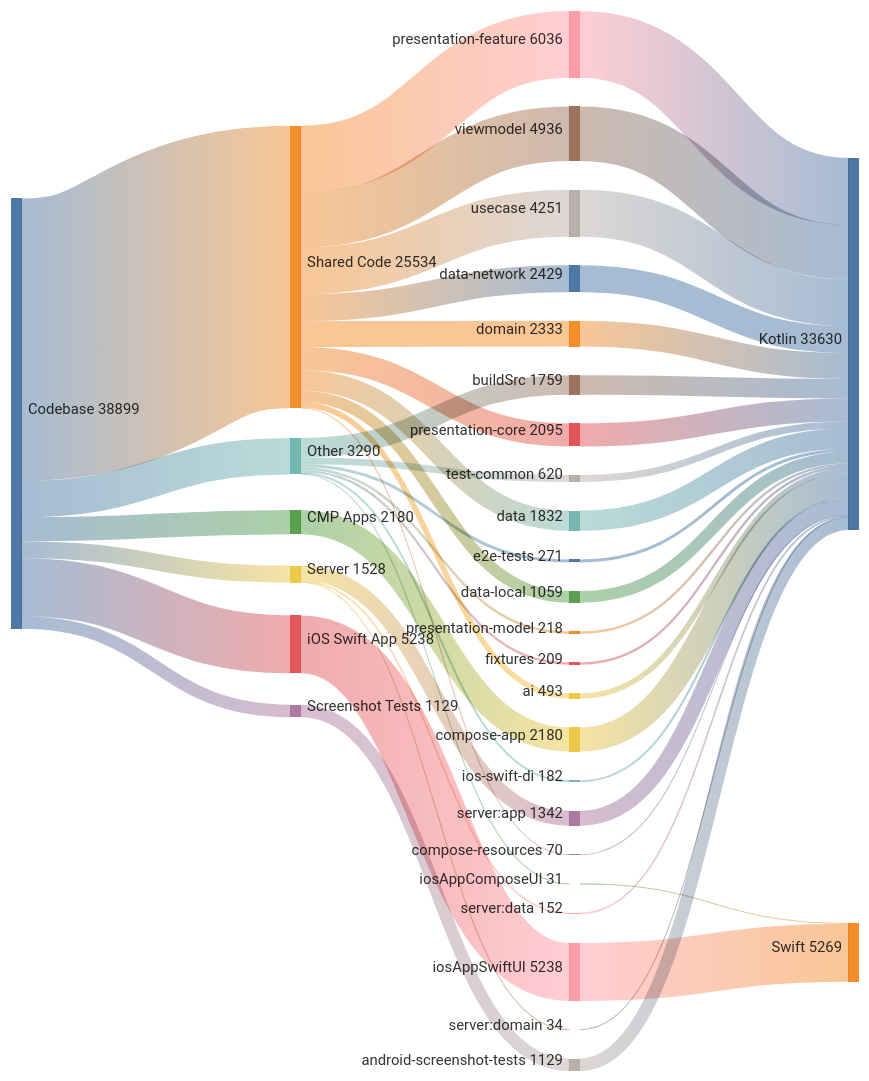
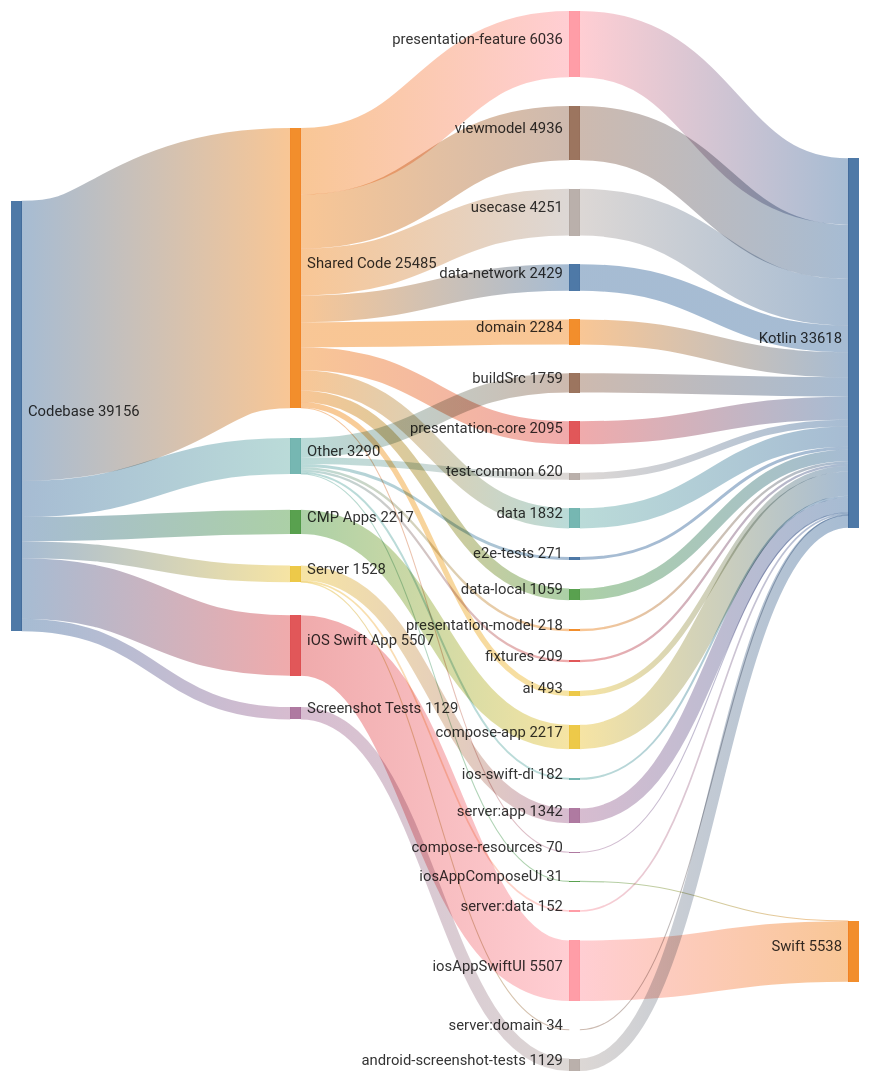
Before and after one commit to cartland/battery-butler: the second of 2 diagrams in README.md, drawn with Mermaid. The commit also changed 2 other files, not shown here.

Commit message:
docs(generated): Regenerate architecture diagrams and analysis (#980)

````diff
--- a/README.md
+++ b/README.md
@@ -162,73 +162,73 @@
 ```mermaid
 ---
 config:
   sankey:
     showValues: true
     width: 800
     height: 1000
     nodeAlignment: justify
     linkColor: gradient
 ---
 %% GENERATED FILE - DO NOT EDIT
 sankey-beta
 
-Codebase,Shared Code,25534
-Codebase,iOS Swift App,5238
+Codebase,Shared Code,25485
+Codebase,iOS Swift App,5507
 Codebase,Other,3290
-Codebase,CMP Apps,2180
+Codebase,CMP Apps,2217
 Codebase,Server,1528
 Codebase,Screenshot Tests,1129
 
 Shared Code,presentation-feature,6036
 Shared Code,viewmodel,4936
 Shared Code,usecase,4251
 Shared Code,data-network,2429
-Shared Code,domain,2333
+Shared Code,domain,2284
 Shared Code,presentation-core,2095
 Shared Code,data,1832
 Shared Code,data-local,1059
 Shared Code,ai,493
 Shared Code,compose-resources,70
 
-iOS Swift App,iosAppSwiftUI,5238
+iOS Swift App,iosAppSwiftUI,5507
 
 Other,buildSrc,1759
 Other,test-common,620
 Other,e2e-tests,271
 Other,presentation-model,218
 Other,fixtures,209
 Other,ios-swift-di,182
 Other,iosAppComposeUI,31
 
-CMP Apps,compose-app,2180
+CMP Apps,compose-app,2217
 
 Server,server:app,1342
 Server,server:data,152
 Server,server:domain,34
 
 Screenshot Tests,android-screenshot-tests,1129
 
 presentation-feature,Kotlin,6036
-iosAppSwiftUI,Swift,5238
+iosAppSwiftUI,Swift,5507
 viewmodel,Kotlin,4936
 usecase,Kotlin,4251
 data-network,Kotlin,2429
-domain,Kotlin,2333
-compose-app,Kotlin,2180
+domain,Kotlin,2284
+compose-app,Kotlin,2217
 presentation-core,Kotlin,2095
 data,Kotlin,1832
 buildSrc,Kotlin,1759
 server:app,Kotlin,1342
 android-screenshot-tests,Kotlin,1129
 data-local,Kotlin,1059
 test-common,Kotlin,620
 ai,Kotlin,493
 e2e-tests,Kotlin,271
 presentation-model,Kotlin,218
 fixtures,Kotlin,209
 ios-swift-di,Kotlin,182
 server:data,Kotlin,152
 compose-resources,Kotlin,70
 server:domain,Kotlin,34
 iosAppComposeUI,Swift,31
 ```
````
